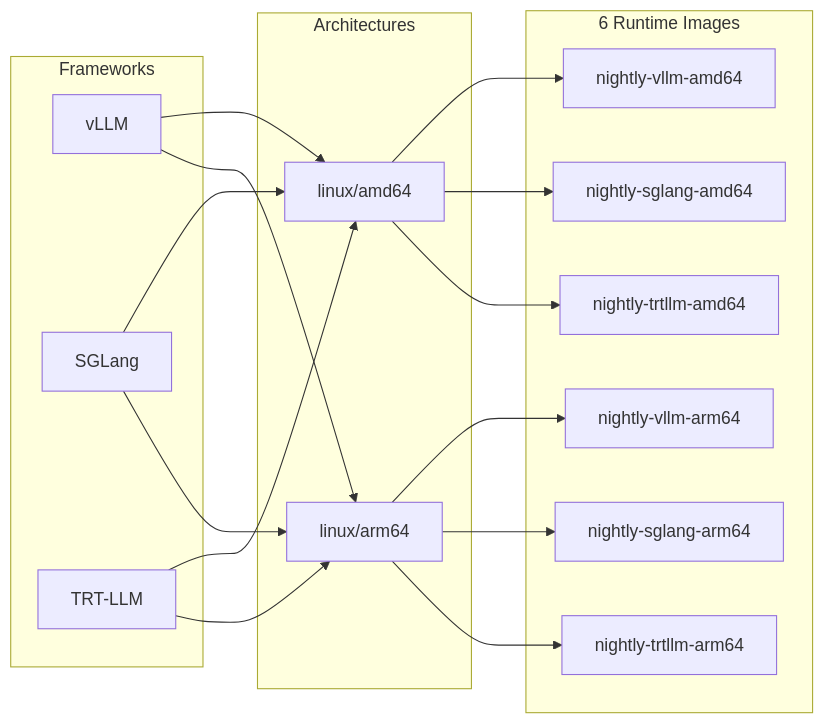
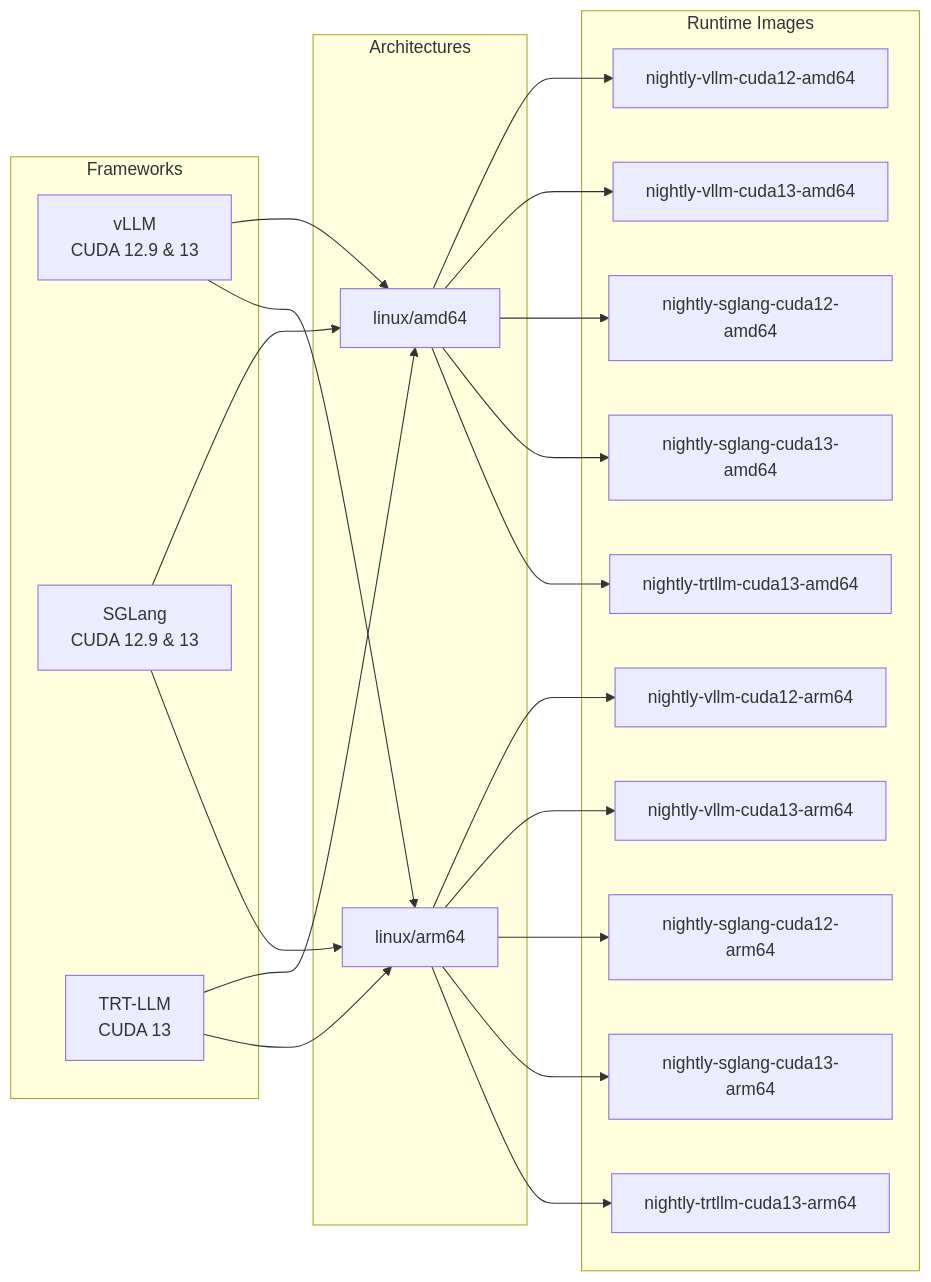
The first of 4 diagrams in .github/NIGHTLY_WORKFLOW.md (ai-dynamo/dynamo), drawn with Mermaid before and after one commit. The commit also changed other lines of this file and 3 other files, not shown here.

````diff
--- a/.github/NIGHTLY_WORKFLOW.md
+++ b/.github/NIGHTLY_WORKFLOW.md
@@ -16,29 +34,33 @@
 ```mermaid
 flowchart LR
     subgraph Frameworks
-        F1[vLLM]
-        F2[SGLang]
-        F3[TRT-LLM]
+        F1[vLLM<br/>CUDA 12.9 & 13]
+        F2[SGLang<br/>CUDA 12.9 & 13]
+        F3[TRT-LLM<br/>CUDA 13]
     end
 
     subgraph Architectures
         A1[linux/amd64]
         A2[linux/arm64]
     end
 
-    subgraph Images["6 Runtime Images"]
-        I1[nightly-vllm-amd64]
-        I2[nightly-vllm-arm64]
-        I3[nightly-sglang-amd64]
-        I4[nightly-sglang-arm64]
-        I5[nightly-trtllm-amd64]
-        I6[nightly-trtllm-arm64]
+    subgraph Images["Runtime Images"]
+        I1[nightly-vllm-cuda12-amd64]
+        I1b[nightly-vllm-cuda13-amd64]
+        I2[nightly-vllm-cuda12-arm64]
+        I2b[nightly-vllm-cuda13-arm64]
+        I3[nightly-sglang-cuda12-amd64]
+        I3b[nightly-sglang-cuda13-amd64]
+        I4[nightly-sglang-cuda12-arm64]
+        I4b[nightly-sglang-cuda13-arm64]
+        I5[nightly-trtllm-cuda13-amd64]
+        I6[nightly-trtllm-cuda13-arm64]
     end
 
-    F1 --> A1 --> I1
-    F1 --> A2 --> I2
-    F2 --> A1 --> I3
-    F2 --> A2 --> I4
+    F1 --> A1 --> I1 & I1b
+    F1 --> A2 --> I2 & I2b
+    F2 --> A1 --> I3 & I3b
+    F2 --> A2 --> I4 & I4b
     F3 --> A1 --> I5
     F3 --> A2 --> I6
 ```
````
